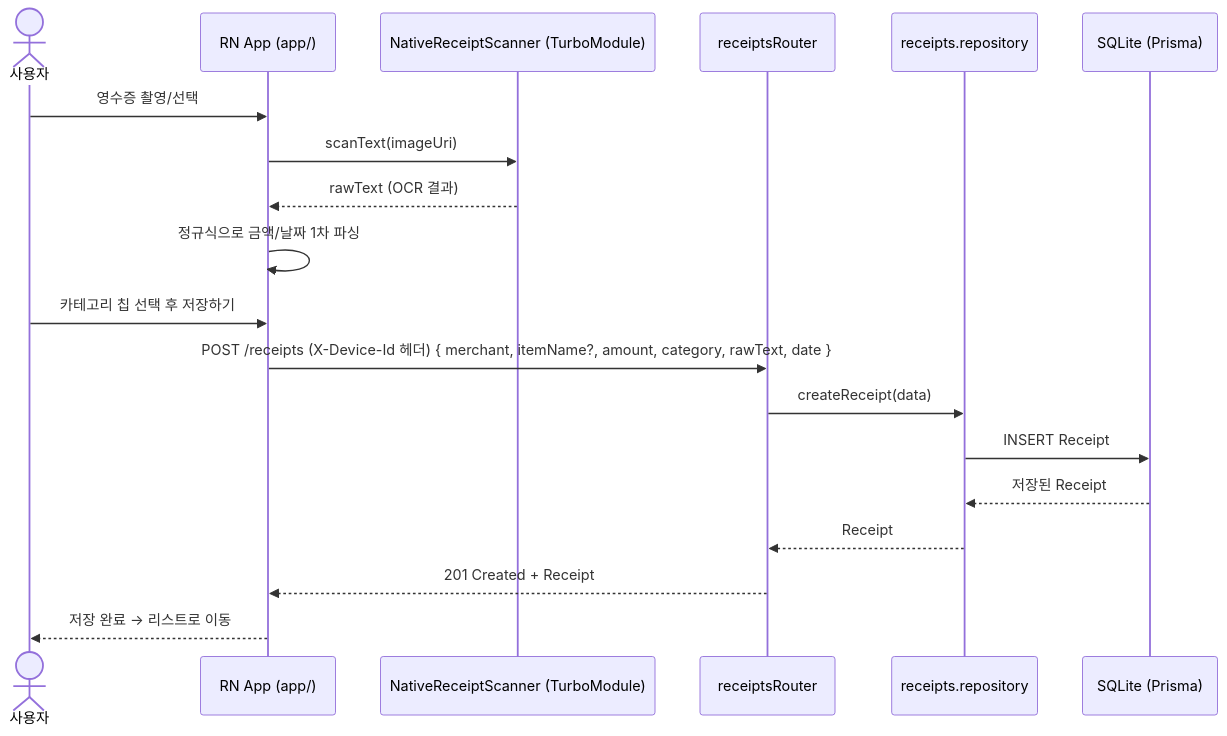
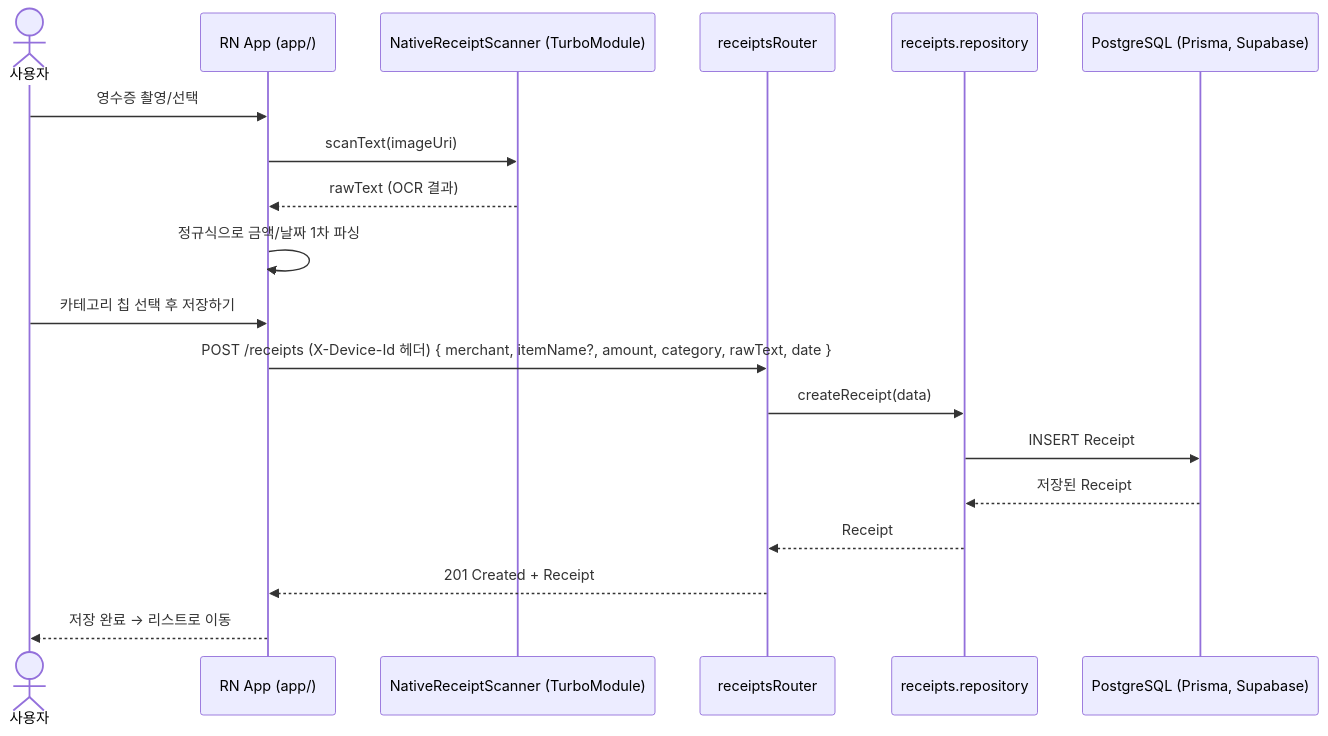
The third of 7 diagrams in docs/architecture.md (silverj0805/receipt-scanner-server), drawn with Mermaid before and after one commit. The commit also changed 14 other files, not shown here.

````diff
--- a/docs/architecture.md
+++ b/docs/architecture.md
@@ -128,22 +128,22 @@
 ```mermaid
 sequenceDiagram
     actor U as 사용자
     participant App as RN App (app/)
     participant Native as NativeReceiptScanner (TurboModule)
     participant API as receiptsRouter
     participant Repo as receipts.repository
-    participant DB as SQLite (Prisma)
+    participant DB as PostgreSQL (Prisma, Supabase)
 
     U->>App: 영수증 촬영/선택
     App->>Native: scanText(imageUri)
     Native-->>App: rawText (OCR 결과)
     App->>App: 정규식으로 금액/날짜 1차 파싱
     U->>App: 카테고리 칩 선택 후 저장하기
     App->>API: POST /receipts (X-Device-Id 헤더) { merchant, itemName?, amount, category, rawText, date }
     API->>Repo: createReceipt(data)
     Repo->>DB: INSERT Receipt
     DB-->>Repo: 저장된 Receipt
     Repo-->>API: Receipt
     API-->>App: 201 Created + Receipt
     App-->>U: 저장 완료 → 리스트로 이동
 ```
````
